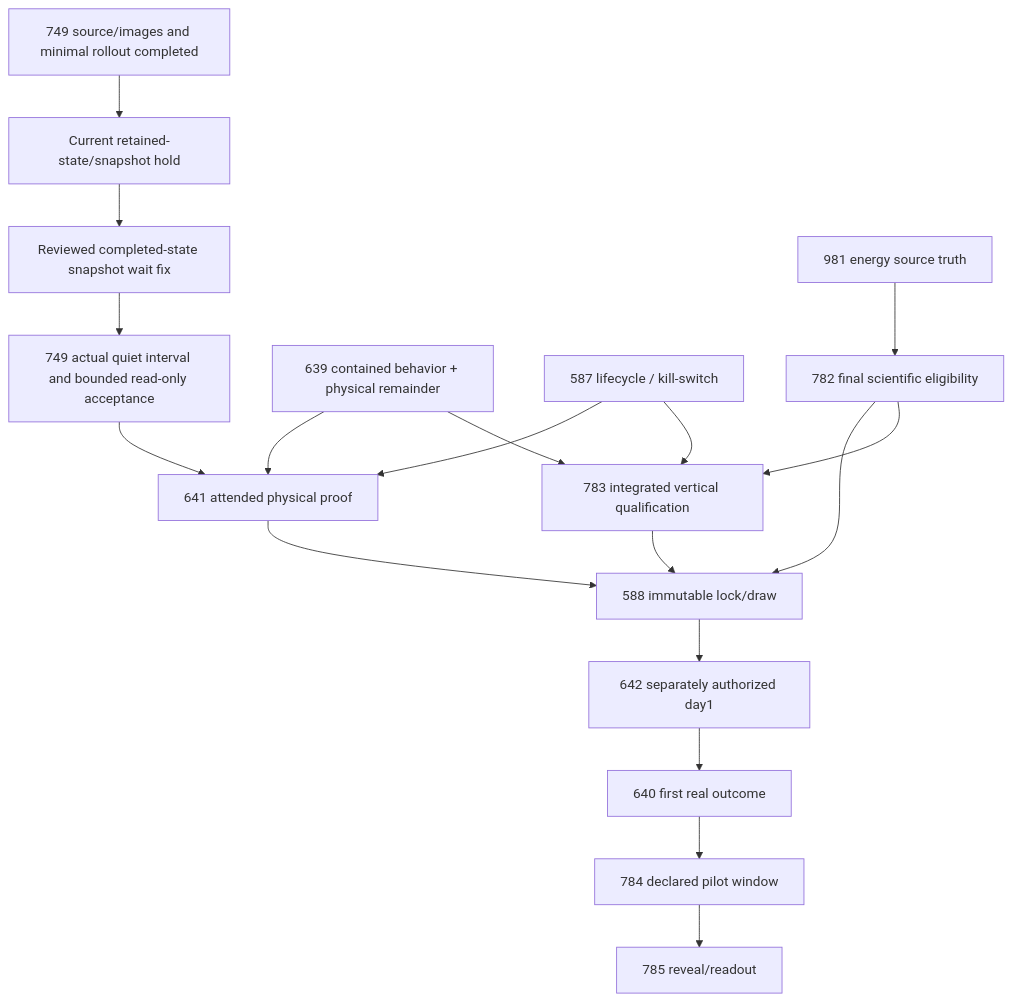
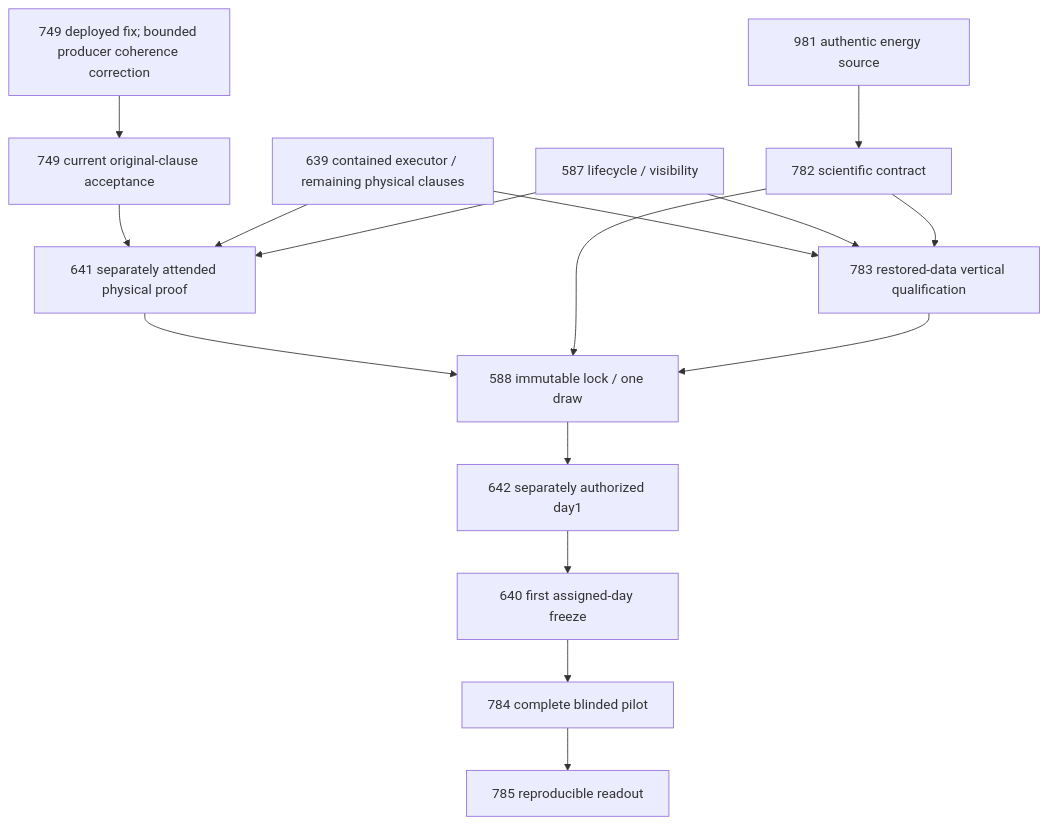
One commit to VerdifyConsultancy/verdify-platform changed the diagram in planning/reviews/2026-10-17/DEPENDENCIES.md. Above: the diagram before and after it, drawn with Mermaid. The commit also changed other lines of this file and 26 other files, not shown here.

````diff
--- a/planning/reviews/2026-10-17/DEPENDENCIES.md
+++ b/planning/reviews/2026-10-17/DEPENDENCIES.md
@@ -7,20 +5,18 @@
 ```mermaid
 flowchart TD
-  delivery["749 source/images and minimal rollout completed"] --> hold["Current retained-state/snapshot hold"]
-  hold --> remedy["Reviewed completed-state snapshot wait fix"]
-  remedy --> i749["749 actual quiet interval and bounded read-only acceptance"]
-  i639["639 contained behavior + physical remainder"] --> i783["783 integrated vertical qualification"]
-  i587["587 lifecycle / kill-switch"] --> i783
-  i981["981 energy source truth"] --> i782["782 final scientific eligibility"]
-  i782 --> i783
-  i749 --> i641["641 attended physical proof"]
-  i639 --> i641
-  i587 --> i641
-  i641 --> i588["588 immutable lock/draw"]
-  i782 --> i588
-  i783 --> i588
-  i588 --> i642["642 separately authorized day1"]
-  i642 --> i640["640 first real outcome"]
-  i640 --> i784["784 declared pilot window"]
-  i784 --> i785["785 reveal/readout"]
+  coherence["749 deployed fix; bounded producer coherence correction"] --> ready["749 current original-clause acceptance"]
+  e981["981 authentic energy source"] --> science["782 scientific contract"]
+  e639["639 contained executor / remaining physical clauses"] --> integration["783 restored-data vertical qualification"]
+  e587["587 lifecycle / visibility"] --> integration
+  science --> integration
+  ready --> proof["641 separately attended physical proof"]
+  e639 --> proof
+  e587 --> proof
+  proof --> lock["588 immutable lock / one draw"]
+  science --> lock
+  integration --> lock
+  lock --> launch["642 separately authorized day1"]
+  launch --> outcome["640 first assigned-day freeze"]
+  outcome --> pilot["784 complete blinded pilot"]
+  pilot --> readout["785 reproducible readout"]
 ```
````
